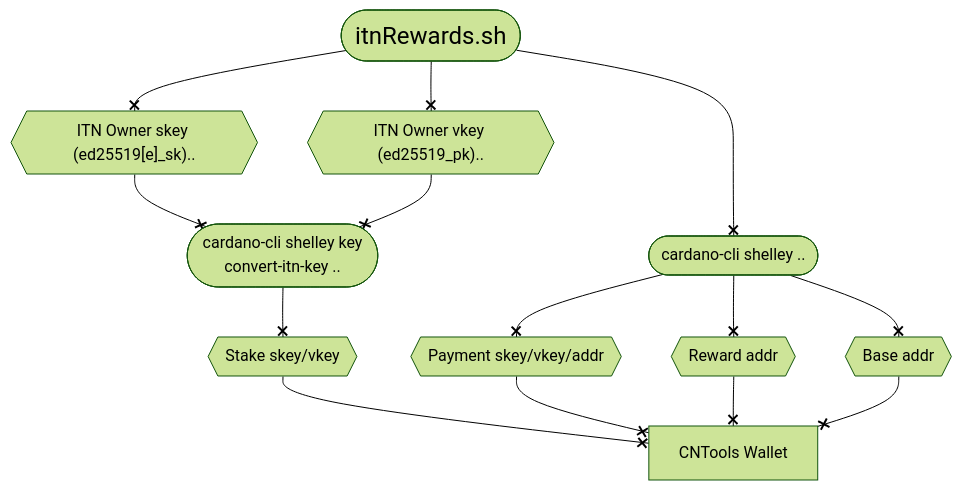
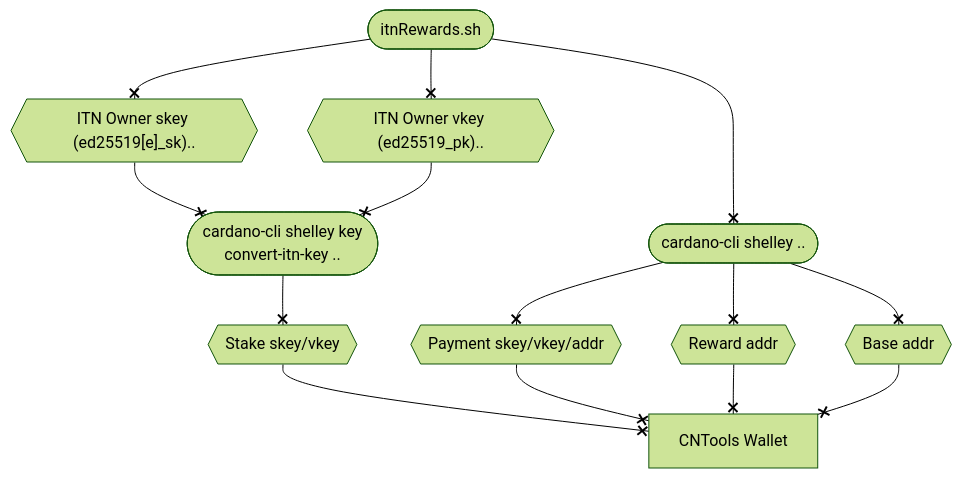
One commit to cardano-community/guild-operators changed the diagram in docs/Scripts/itnrewards.md. Above: the diagram before and after it, drawn with Mermaid (forest theme).

Commit message:
Override Font size in itn doc

````diff
--- a/docs/Scripts/itnrewards.md
+++ b/docs/Scripts/itnrewards.md
@@ -8,13 +8,13 @@
 ```mermaid
 graph TB
-    A(["<font size=5>itnRewards.sh"])
+    A(["itnRewards.sh"])
     A --x B{{"ITN Owner skey (ed25519[e]_sk).."}} --x D(["cardano-cli shelley key <br>convert-itn-key .."])
     A --x C{{"ITN Owner vkey (ed25519_pk).."}} --x D
     D --x E{{"Stake skey/vkey"}} --x L
     A --x F(["cardano-cli shelley .."])
     F --x G{{"Payment skey/vkey/addr"}} --x L
     F --x H{{"Reward addr"}} --x L
     F --x I{{"Base addr"}} --x L
     L[CNTools Wallet]
     ;
 ```
````
